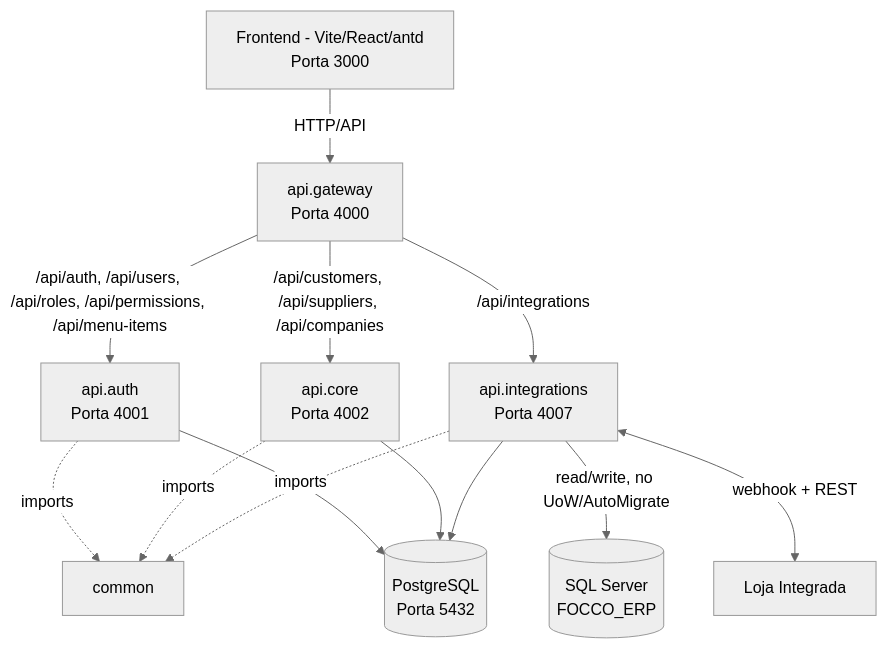
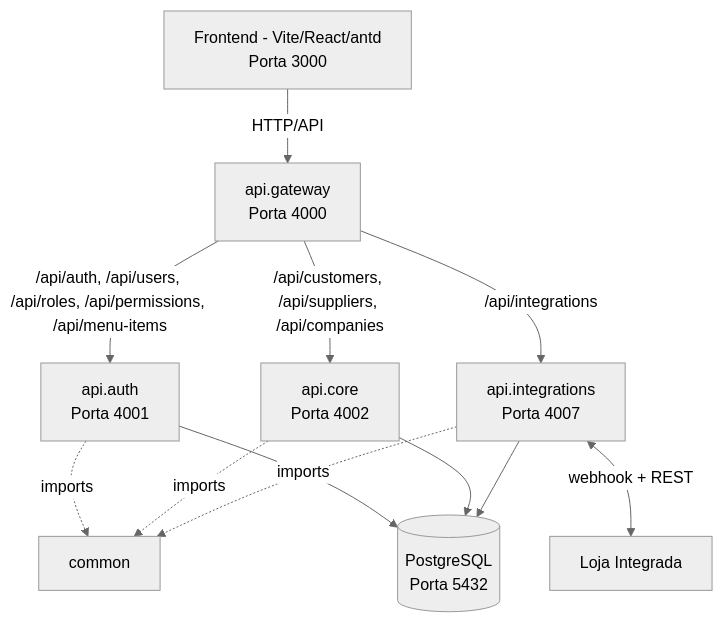
One commit to AecioDev/lumini-hub changed the diagram in CLAUDE.md. Above: the diagram before and after it, drawn with Mermaid (neutral theme). The commit also changed other lines of this file and 4 other files, not shown here.

````diff
--- a/CLAUDE.md
+++ b/CLAUDE.md
@@ -46,15 +46,14 @@
 ```mermaid
 graph TD
     Client[Frontend - Vite/React/antd<br>Porta 3000] -->|HTTP/API| Gateway[api.gateway<br>Porta 4000]
     Gateway -->|/api/auth, /api/users, /api/roles, /api/permissions, /api/menu-items| Auth[api.auth<br>Porta 4001]
     Gateway -->|/api/customers, /api/suppliers, /api/companies| Core[api.core<br>Porta 4002]
     Gateway -->|/api/integrations| Integrations[api.integrations<br>Porta 4007]
     Auth -.->|imports| Common[common]
     Core -.->|imports| Common
     Integrations -.->|imports| Common
     Auth --> PG[(PostgreSQL<br>Porta 5432)]
     Core --> PG
     Integrations --> PG
-    Integrations -->|read/write, no UoW/AutoMigrate| Legacy[(SQL Server<br>FOCCO_ERP)]
     Integrations <-->|webhook + REST| LI[Loja Integrada]
 ```
````
